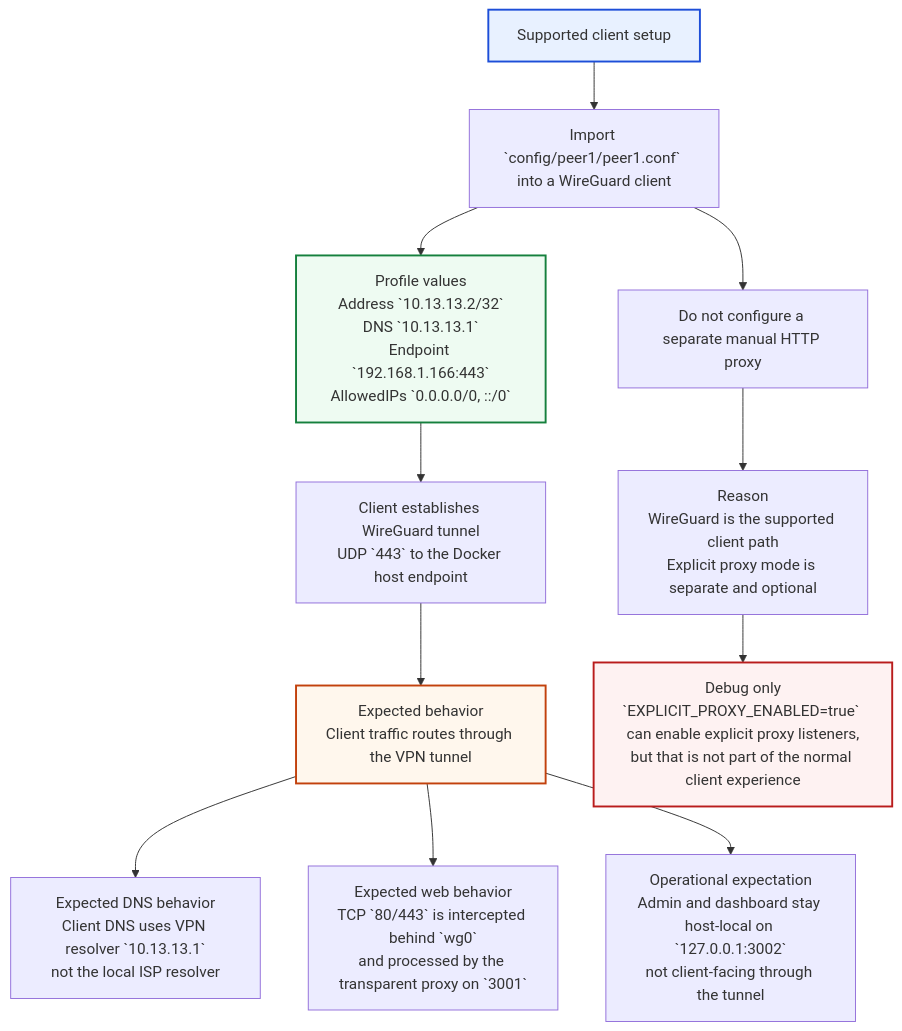
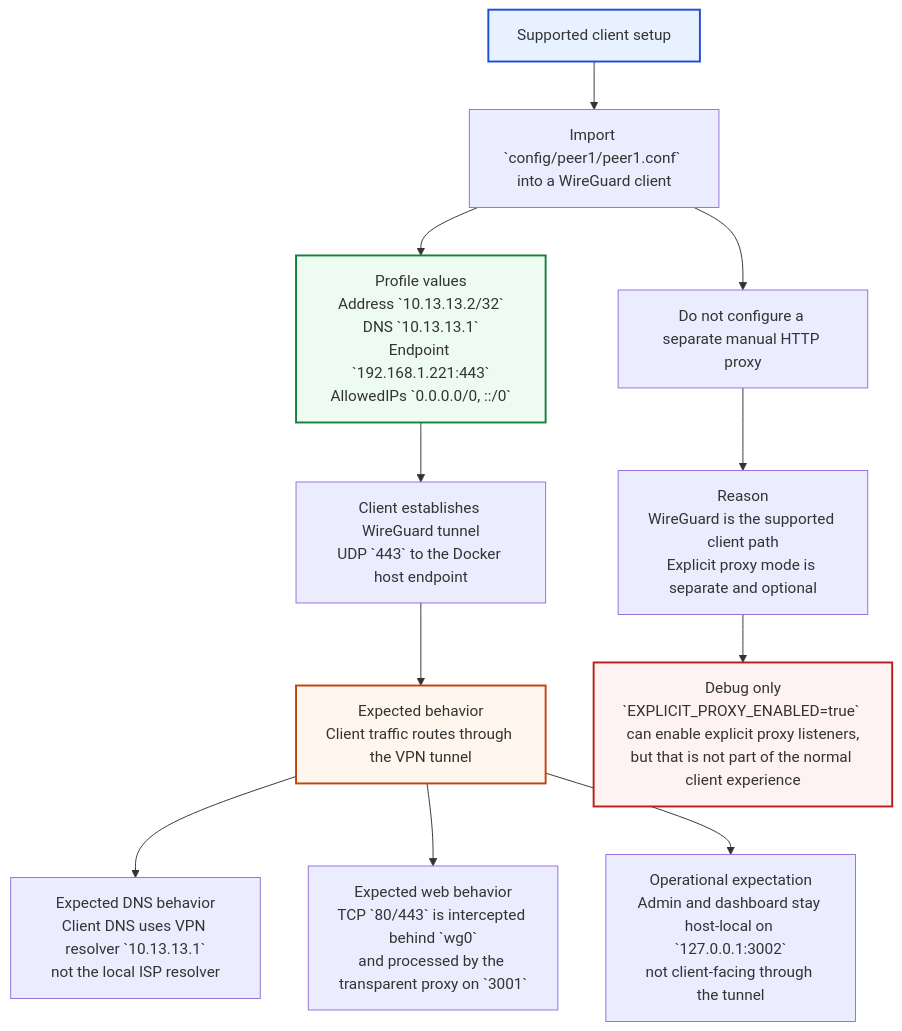
The second of 2 diagrams in docs/architecture.md (cloudflare/boringtun), drawn with Mermaid before and after one commit. The commit also changed other lines of this file and 4 other files, not shown here.

Commit message:
fix: update server endpoint and configuration references to new IP address

````diff
--- a/docs/architecture.md
+++ b/docs/architecture.md
@@ -84,18 +84,18 @@
 ```mermaid
 flowchart TD
     START["Supported client setup"] --> IMPORT["Import `config/peer1/peer1.conf` into a WireGuard client"]
-    IMPORT --> PROFILE["Profile values\nAddress `10.13.13.2/32`\nDNS `10.13.13.1`\nEndpoint `192.168.1.166:443`\nAllowedIPs `0.0.0.0/0, ::/0`"]
+    IMPORT --> PROFILE["Profile values\nAddress `10.13.13.2/32`\nDNS `10.13.13.1`\nEndpoint `192.168.1.221:443`\nAllowedIPs `0.0.0.0/0, ::/0`"]
     PROFILE --> CONNECT["Client establishes WireGuard tunnel\nUDP `443` to the Docker host endpoint"]
     CONNECT --> ROUTE["Expected behavior\nClient traffic routes through the VPN tunnel"]
     ROUTE --> DNS["Expected DNS behavior\nClient DNS uses VPN resolver `10.13.13.1`\nnot the local ISP resolver"]
     ROUTE --> WEB["Expected web behavior\nTCP `80/443` is intercepted behind `wg0`\nand processed by the transparent proxy on `3001`"]
     ROUTE --> ADMIN["Operational expectation\nAdmin and dashboard stay host-local on `127.0.0.1:3002`\nnot client-facing through the tunnel"]
     IMPORT --> NOHTTP["Do not configure a separate manual HTTP proxy"]
     NOHTTP --> WHY["Reason\nWireGuard is the supported client path\nExplicit proxy mode is separate and optional"]
     WHY --> DEBUG["Debug only\n`EXPLICIT_PROXY_ENABLED=true` can enable explicit proxy listeners,\nbut that is not part of the normal client experience"]
 
     style START fill:#e8f1ff,stroke:#1d4ed8,stroke-width:2px
     style PROFILE fill:#eefbf2,stroke:#15803d,stroke-width:2px
     style ROUTE fill:#fff7ed,stroke:#c2410c,stroke-width:2px
     style DEBUG fill:#fef2f2,stroke:#b91c1c,stroke-width:2px
 ```
````
